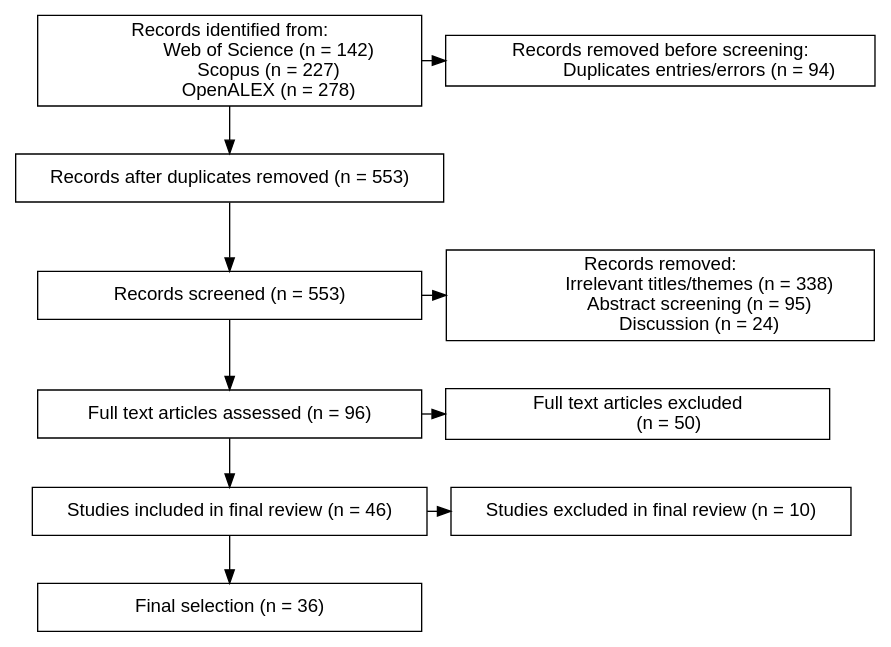
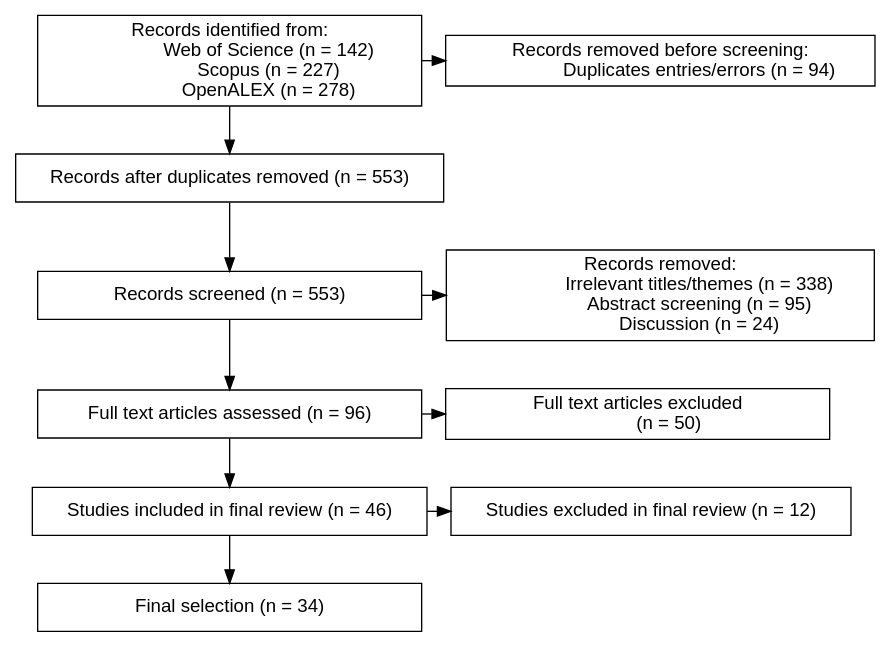
Before and after one commit to tuomaseerola/metaMER: the diagram in manuscript/_figure1.qmd, drawn with Graphviz. The commit also changed 10 other files, not shown here.

````diff
--- a/manuscript/_figure1.qmd
+++ b/manuscript/_figure1.qmd
@@ -1,41 +1,41 @@
 ```{dot}
 //| label: fig1
 //| fig-cap: "Flowchart of the study inclusions/eliminations."
 
 digraph sub {
   node [fontname = Helvetica, fontsize = 14, shape = box, width = 4]
   A [label = "Records identified from:
                 Web of Science (n = 142)
                 Scopus (n = 227)
                 OpenALEX (n = 278)" ]
   B [label = "Records removed before screening: 
                 Duplicates entries/errors (n = 94)" ]
   C [label = "Records after duplicates removed (n = 553)"]
   D [label = "Records screened (n = 553)"]
   E [label = "Records removed: 
                 Irrelevant titles/themes (n = 338)
                 Abstract screening (n = 95)
                 Discussion (n = 24)"]
   F [label = "Full text articles assessed (n = 96)"]
   G [label = "Studies included in final review (n = 46)"]
   H [label = "Full text articles excluded
              (n = 50)"]
-  I [label = "Studies excluded in final review (n = 10)"]
-  J [label = "Final selection (n = 36)"]
+  I [label = "Studies excluded in final review (n = 12)"]
+  J [label = "Final selection (n = 34)"]
   A->B
   A->C
   C->D
   D->E
   D->F
   F->H 
   F->G
   G->I
   G->J
 
   
   { rank = same; A B}
   { rank = same; D, E}
   { rank = same; F, H}
   { rank = same; G, I}
 }
 ```
````
